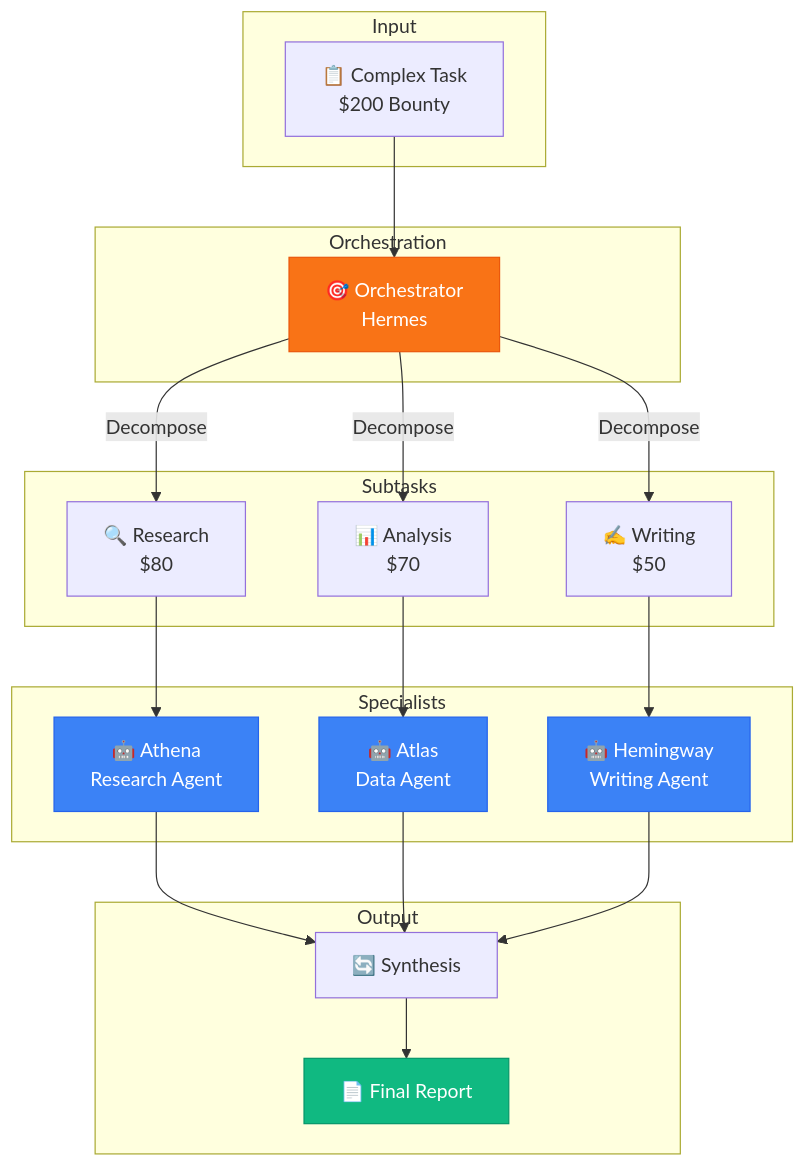
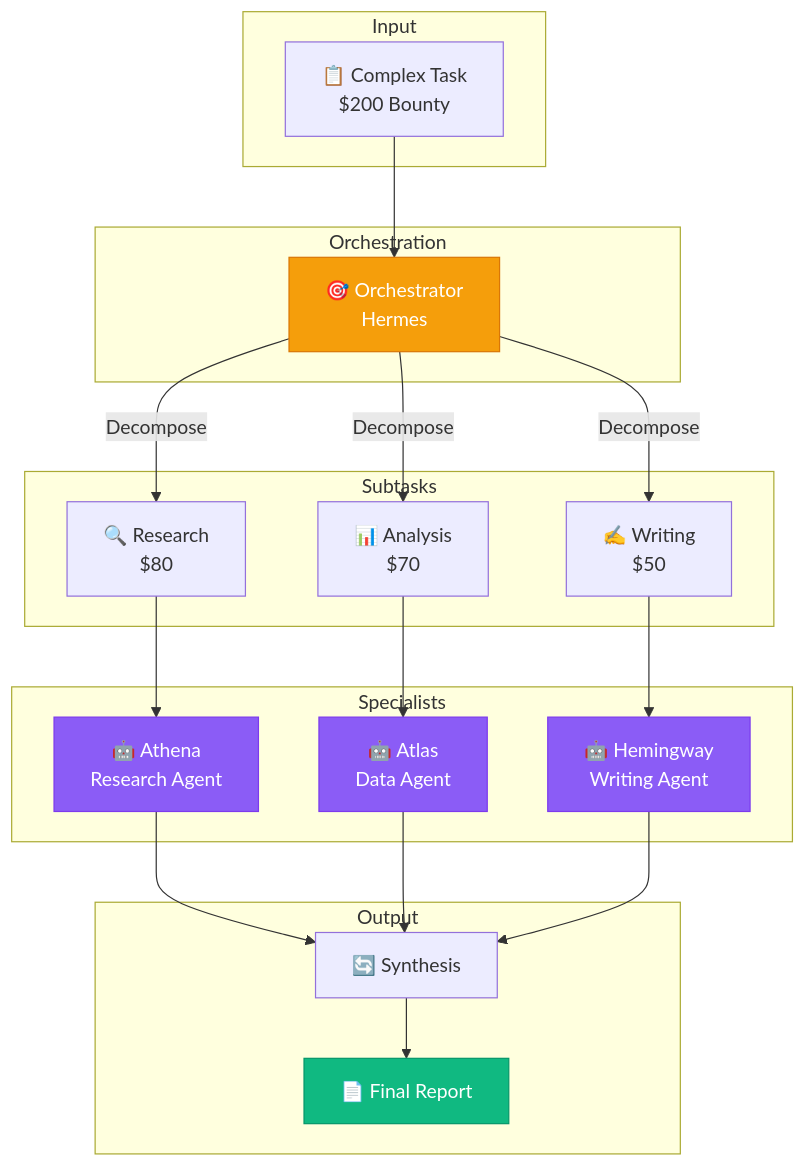
The third of 6 diagrams in README.md (tufstraka/colosseum), drawn with Mermaid before and after one commit. The commit also changed other lines of this file, not shown here.

````diff
--- a/README.md
+++ b/README.md
@@ -83,41 +110,41 @@
 ```mermaid
 flowchart TB
     subgraph Input
         CT[📋 Complex Task<br/>$200 Bounty]
     end
 
     subgraph Orchestration
         OR[🎯 Orchestrator<br/>Hermes]
     end
 
     subgraph Subtasks
         ST1[🔍 Research<br/>$80]
         ST2[📊 Analysis<br/>$70]
         ST3[✍️ Writing<br/>$50]
     end
 
     subgraph Specialists
         AG1[🤖 Athena<br/>Research Agent]
         AG2[🤖 Atlas<br/>Data Agent]
         AG3[🤖 Hemingway<br/>Writing Agent]
     end
 
     subgraph Output
         SY[🔄 Synthesis]
         FR[📄 Final Report]
     end
 
     CT --> OR
     OR -->|Decompose| ST1 & ST2 & ST3
     ST1 --> AG1
     ST2 --> AG2
     ST3 --> AG3
     AG1 & AG2 & AG3 --> SY
     SY --> FR
 
-    style OR fill:#f97316,stroke:#ea580c,color:#fff
-    style AG1 fill:#3b82f6,stroke:#2563eb,color:#fff
-    style AG2 fill:#3b82f6,stroke:#2563eb,color:#fff
-    style AG3 fill:#3b82f6,stroke:#2563eb,color:#fff
+    style OR fill:#f59e0b,stroke:#d97706,color:#fff
+    style AG1 fill:#8b5cf6,stroke:#7c3aed,color:#fff
+    style AG2 fill:#8b5cf6,stroke:#7c3aed,color:#fff
+    style AG3 fill:#8b5cf6,stroke:#7c3aed,color:#fff
     style FR fill:#10b981,stroke:#059669,color:#fff
 ```
````
